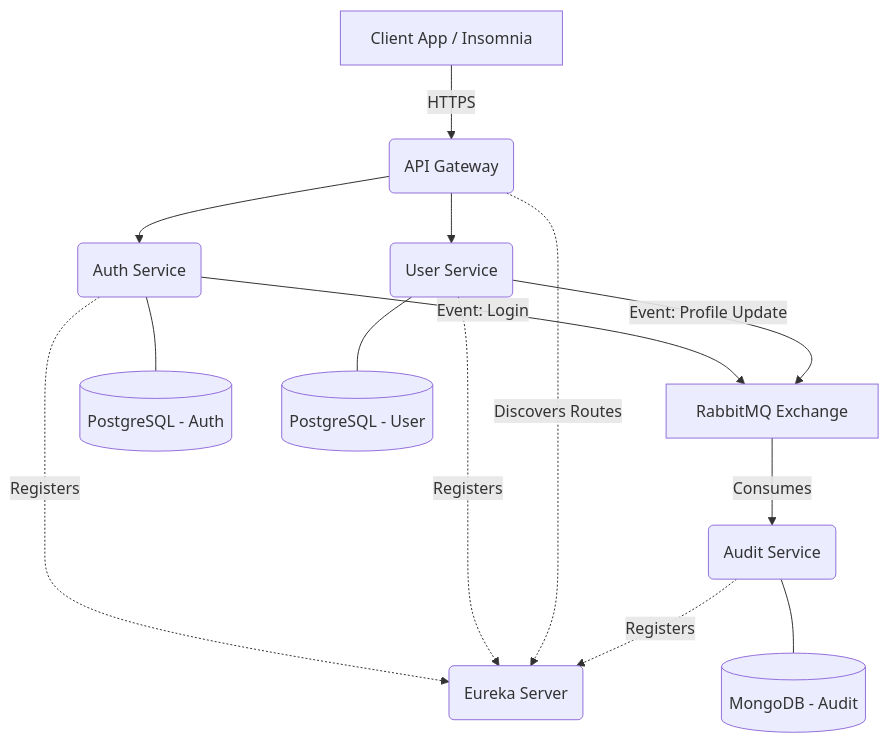
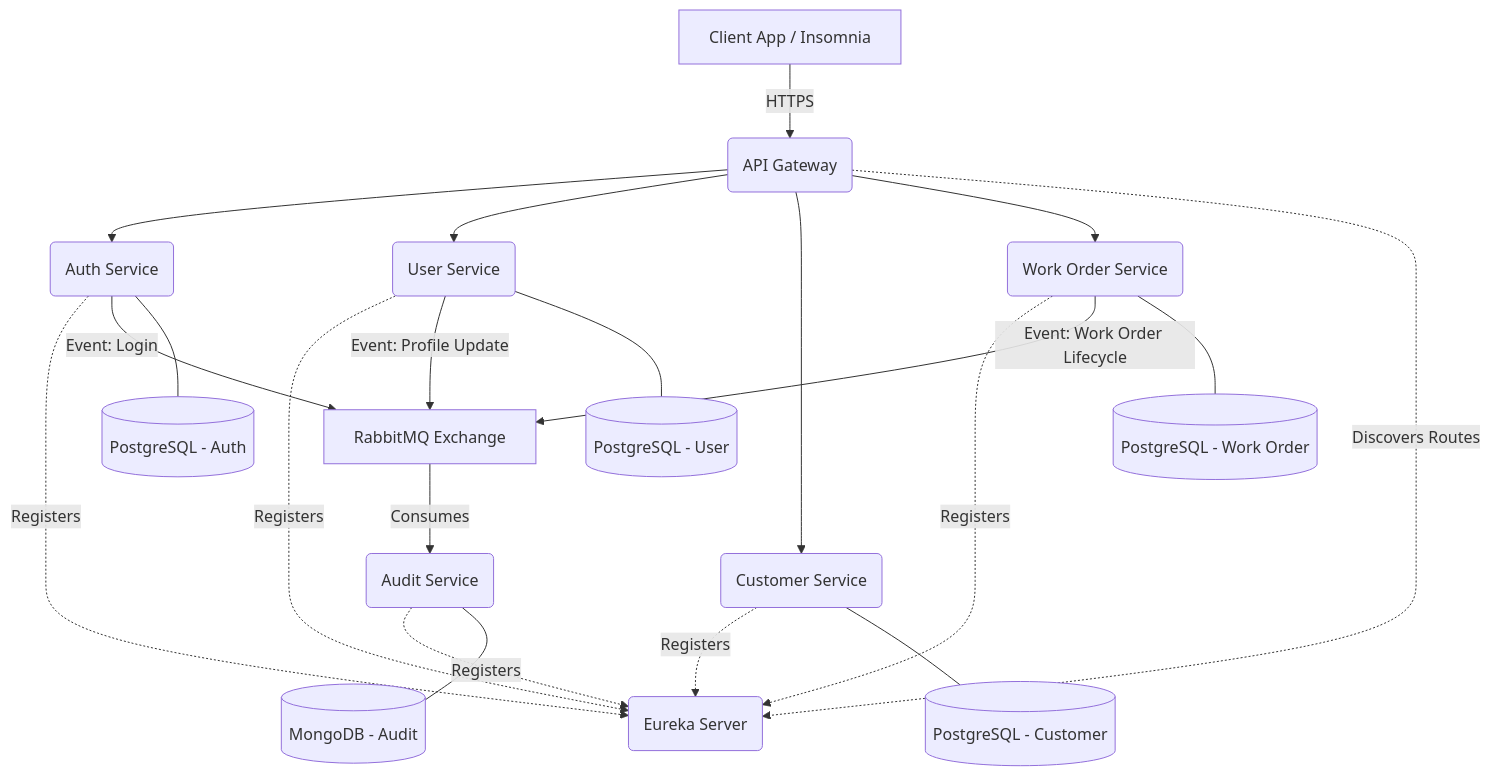
The diagram in README.md (brunomaatias/microservices-monorepo), drawn with Mermaid before and after one commit. The commit also changed other lines of this file, not shown here.

````diff
--- a/README.md
+++ b/README.md
@@ -26,20 +27,27 @@
 ```mermaid
 graph TD
     Client[Client App / Insomnia] -->|HTTPS| Gateway(API Gateway)
     Gateway --> Auth(Auth Service)
     Gateway --> User(User Service)
+    Gateway --> Customer(Customer Service)
+    Gateway --> WorkOrder(Work Order Service)
     
     Auth -.->|Registers| Eureka(Eureka Server)
     User -.->|Registers| Eureka
+    Customer -.->|Registers| Eureka
+    WorkOrder -.->|Registers| Eureka
     Gateway -.->|Discovers Routes| Eureka
     Audit(Audit Service) -.->|Registers| Eureka
 
     Auth -->|Event: Login| RMQ[RabbitMQ Exchange]
     User -->|Event: Profile Update| RMQ
+    WorkOrder -->|Event: Work Order Lifecycle| RMQ
     
     RMQ -->|Consumes| Audit
     
     Auth --- PG1[(PostgreSQL - Auth)]
     User --- PG2[(PostgreSQL - User)]
+    Customer --- PG3[(PostgreSQL - Customer)]
+    WorkOrder --- PG4[(PostgreSQL - Work Order)]
     Audit --- Mongo[(MongoDB - Audit)]
 ```
````
